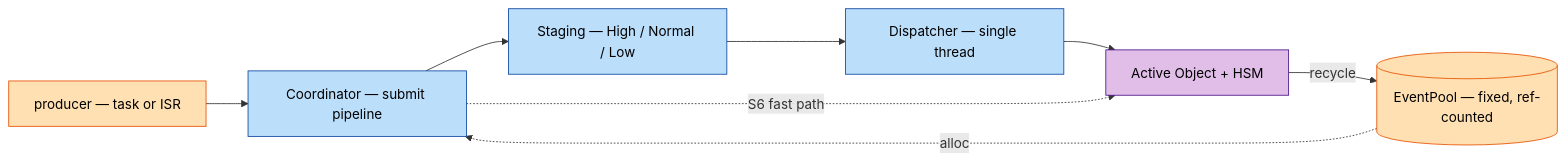
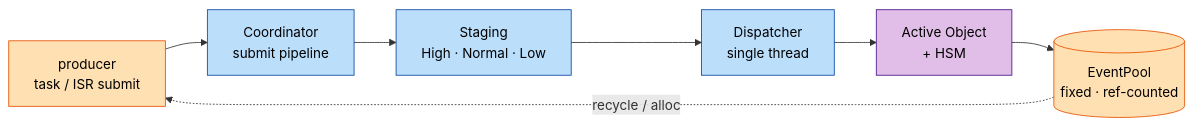
The first of 2 diagrams in README.md (DeguiLiu/coact), drawn with Mermaid before and after one commit. The commit also changed other lines of this file and 1 other file, not shown here.

Commit message:
story-docs(dm): rework the README diagrams for clean rendering

````diff
--- a/README.md
+++ b/README.md
@@ -35,17 +35,14 @@
 ```mermaid
 flowchart LR
     classDef prod fill:#FFE0B2,stroke:#E65100,color:#000
     classDef core fill:#BBDEFB,stroke:#0D47A1,color:#000
     classDef app fill:#E1BEE7,stroke:#4A148C,color:#000
-    PR["producer — task or ISR"]:::prod
-    C["Coordinator — submit pipeline"]:::core
-    S["Staging — High / Normal / Low"]:::core
-    D["Dispatcher — single thread"]:::core
-    A["Active Object + HSM"]:::app
-    P[("EventPool — fixed, ref-counted")]:::prod
-    PR --> C
-    C --> S --> D --> A
-    A -->|recycle| P
-    P -.->|alloc| C
-    C -.->|S6 fast path| A
+    PR["producer<br/>task / ISR submit"]:::prod
+    C["Coordinator<br/>submit pipeline"]:::core
+    S["Staging<br/>High · Normal · Low"]:::core
+    D["Dispatcher<br/>single thread"]:::core
+    A["Active Object<br/>+ HSM"]:::app
+    P[("EventPool<br/>fixed · ref-counted")]:::prod
+    PR --> C --> S --> D --> A --> P
+    P -.->|recycle / alloc| PR
 ```
````
